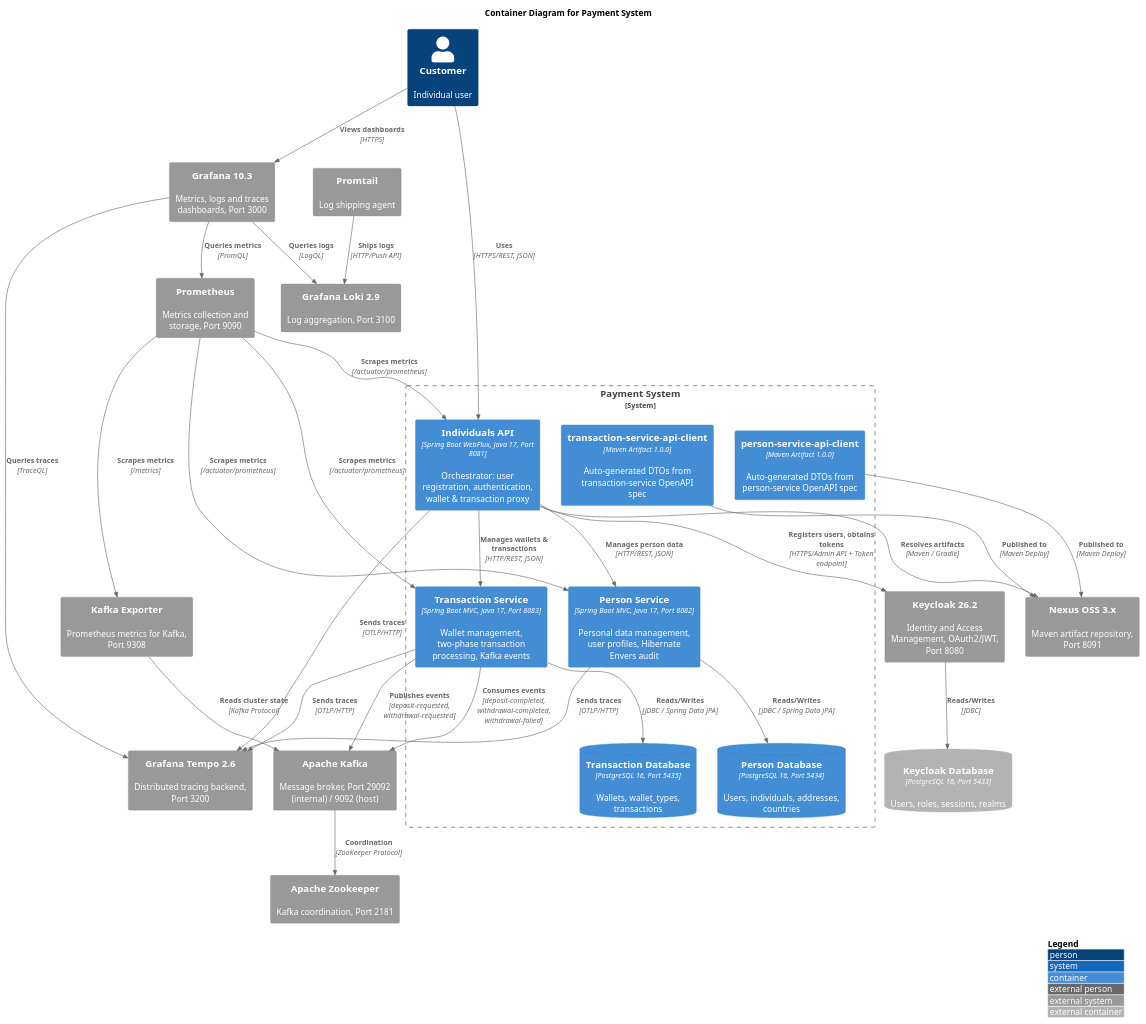
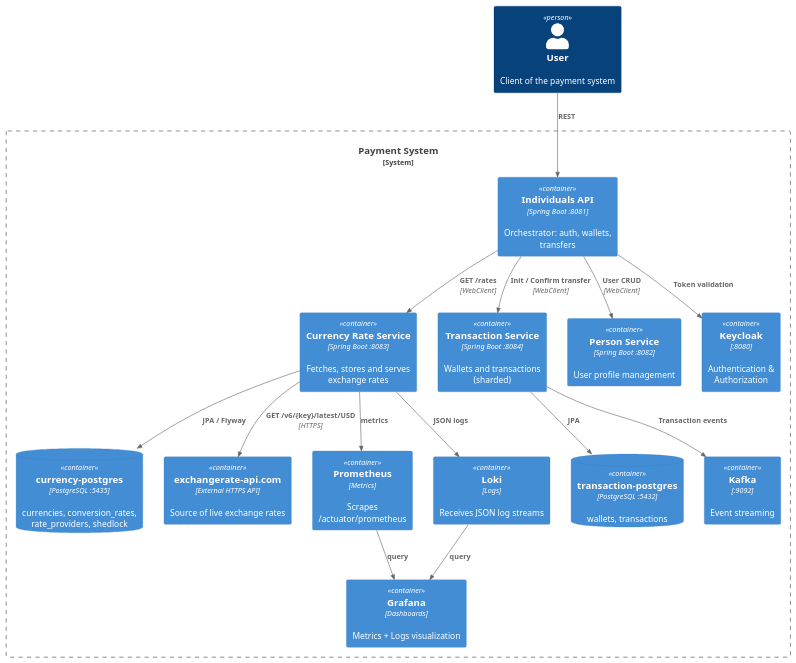
Before and after one commit to strel4k/payment-system: the diagram in docs/architecture/diagrams/container.puml, drawn with PlantUML.

```diff
--- a/docs/architecture/diagrams/container.puml
+++ b/docs/architecture/diagrams/container.puml
@@ -1,90 +1,32 @@
-@startuml Payment System - C4 Container Diagram
-
+@startuml C4_Container
 !include https://raw.githubusercontent.com/plantuml-stdlib/C4-PlantUML/master/C4_Container.puml
-
-LAYOUT_WITH_LEGEND()
-
-title Container Diagram for Payment System
-
-Person(customer, "Customer", "Individual user")
-
-System_Boundary(payment_system, "Payment System") {
-
-    Container(individuals_api, "Individuals API", "Spring Boot WebFlux, Java 17, Port 8081", "Orchestrator: user registration, authentication, wallet & transaction proxy")
-    Container(person_service, "Person Service", "Spring Boot MVC, Java 17, Port 8082", "Personal data management, user profiles, Hibernate Envers audit")
-    Container(transaction_service, "Transaction Service", "Spring Boot MVC, Java 17, Port 8083", "Wallet management, two-phase transaction processing, Kafka events")
-
-    ContainerDb(person_db, "Person Database", "PostgreSQL 16, Port 5434", "Users, individuals, addresses, countries")
-    ContainerDb(transaction_db, "Transaction Database", "PostgreSQL 16, Port 5435", "Wallets, wallet_types, transactions")
-
-    Container(person_api_client, "person-service-api-client", "Maven Artifact 1.0.0", "Auto-generated DTOs from person-service OpenAPI spec")
-    Container(transaction_api_client, "transaction-service-api-client", "Maven Artifact 1.0.0", "Auto-generated DTOs from transaction-service OpenAPI spec")
+LAYOUT_TOP_DOWN()
+Person(user, "User", "Client of the payment system")
+System_Boundary(ps, "Payment System") {
+    Container(indApi, "Individuals API", "Spring Boot :8081", "Orchestrator: auth, wallets, transfers")
+    Container(crs, "Currency Rate Service", "Spring Boot :8083", "Fetches, stores and serves exchange rates")
+    Container(txSvc, "Transaction Service", "Spring Boot :8084", "Wallets and transactions (sharded)")
+    Container(pSvc, "Person Service", "Spring Boot :8082", "User profile management")
+    ContainerDb(crsDb, "currency-postgres", "PostgreSQL :5435", "currencies, conversion_rates, rate_providers, shedlock")
+    ContainerDb(txDb, "transaction-postgres", "PostgreSQL :5432", "wallets, transactions")
+    Container(keycloak, "Keycloak", ":8080", "Authentication & Authorization")
+    Container(kafka, "Kafka", ":9092", "Event streaming")
+    Container(ext, "exchangerate-api.com", "External HTTPS API", "Source of live exchange rates")
+    Container(prometheus, "Prometheus", "Metrics", "Scrapes /actuator/prometheus")
+    Container(loki, "Loki", "Logs", "Receives JSON log streams")
+    Container(grafana, "Grafana", "Dashboards", "Metrics + Logs visualization")
 }
-
-System_Ext(keycloak, "Keycloak 26.2", "Identity and Access Management, OAuth2/JWT, Port 8080")
-ContainerDb_Ext(keycloak_db, "Keycloak Database", "PostgreSQL 16, Port 5433", "Users, roles, sessions, realms")
-
-System_Ext(kafka, "Apache Kafka", "Message broker, Port 29092 (internal) / 9092 (host)")
-System_Ext(zookeeper, "Apache Zookeeper", "Kafka coordination, Port 2181")
-System_Ext(kafka_exporter, "Kafka Exporter", "Prometheus metrics for Kafka, Port 9308")
-
-System_Ext(nexus, "Nexus OSS 3.x", "Maven artifact repository, Port 8091")
-
-System_Ext(prometheus, "Prometheus", "Metrics collection and storage, Port 9090")
-System_Ext(grafana, "Grafana 10.3", "Metrics, logs and traces dashboards, Port 3000")
-System_Ext(loki, "Grafana Loki 2.9", "Log aggregation, Port 3100")
-System_Ext(promtail, "Promtail", "Log shipping agent")
-System_Ext(tempo, "Grafana Tempo 2.6", "Distributed tracing backend, Port 3200")
-
-' User interactions
-Rel(customer, individuals_api, "Uses", "HTTPS/REST, JSON")
-
-' API Gateway / BFF pattern
-Rel(individuals_api, person_service, "Manages person data", "HTTP/REST, JSON")
-Rel(individuals_api, transaction_service, "Manages wallets & transactions", "HTTP/REST, JSON")
-
-' Authentication
-Rel(individuals_api, keycloak, "Registers users, obtains tokens", "HTTPS/Admin API + Token endpoint")
-Rel(keycloak, keycloak_db, "Reads/Writes", "JDBC")
-
-' Database connections
-Rel(person_service, person_db, "Reads/Writes", "JDBC / Spring Data JPA")
-Rel(transaction_service, transaction_db, "Reads/Writes", "JDBC / Spring Data JPA")
-
-' Kafka
-Rel(transaction_service, kafka, "Publishes events", "deposit-requested, withdrawal-requested")
-Rel(transaction_service, kafka, "Consumes events", "deposit-completed, withdrawal-completed, withdrawal-failed")
-Rel(kafka, zookeeper, "Coordination", "ZooKeeper Protocol")
-
-' Nexus
-Rel(person_api_client, nexus, "Published to", "Maven Deploy")
-Rel(transaction_api_client, nexus, "Published to", "Maven Deploy")
-Rel(individuals_api, nexus, "Resolves artifacts", "Maven / Gradle")
-
-' Observability - traces
-Rel(individuals_api, tempo, "Sends traces", "OTLP/HTTP")
-Rel(person_service, tempo, "Sends traces", "OTLP/HTTP")
-Rel(transaction_service, tempo, "Sends traces", "OTLP/HTTP")
-
-' Observability - metrics
-Rel(prometheus, individuals_api, "Scrapes metrics", "/actuator/prometheus")
-Rel(prometheus, person_service, "Scrapes metrics", "/actuator/prometheus")
-Rel(prometheus, transaction_service, "Scrapes metrics", "/actuator/prometheus")
-Rel(prometheus, kafka_exporter, "Scrapes metrics", "/metrics")
-Rel(kafka_exporter, kafka, "Reads cluster state", "Kafka Protocol")
-
-' Observability - logs
-Rel(promtail, loki, "Ships logs", "HTTP/Push API")
-
-' Grafana data sources
-Rel(grafana, prometheus, "Queries metrics", "PromQL")
-Rel(grafana, loki, "Queries logs", "LogQL")
-Rel(grafana, tempo, "Queries traces", "TraceQL")
-Rel(customer, grafana, "Views dashboards", "HTTPS")
-
-' Layout hints
-Lay_D(customer, individuals_api)
-Lay_R(individuals_api, person_service)
-Lay_R(person_service, transaction_service)
-
+Rel(user, indApi, "REST")
+Rel(indApi, keycloak, "Token validation")
+Rel(indApi, pSvc, "User CRUD", "WebClient")
+Rel(indApi, crs, "GET /rates", "WebClient")
+Rel(indApi, txSvc, "Init / Confirm transfer", "WebClient")
+Rel(txSvc, kafka, "Transaction events")
+Rel(txSvc, txDb, "JPA")
+Rel(crs, ext, "GET /v6/{key}/latest/USD", "HTTPS")
+Rel(crs, crsDb, "JPA / Flyway")
+Rel(crs, prometheus, "metrics")
+Rel(crs, loki, "JSON logs")
+Rel(prometheus, grafana, "query")
+Rel(loki, grafana, "query")
 @enduml
```
